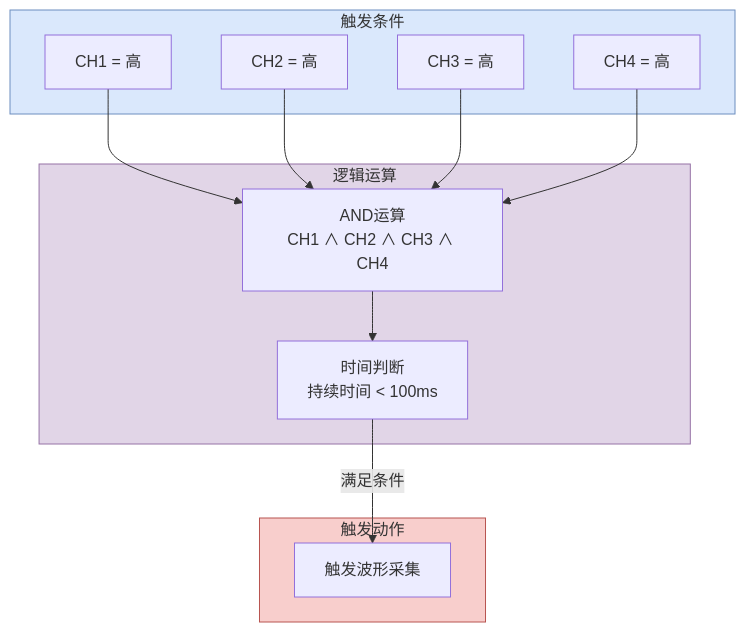
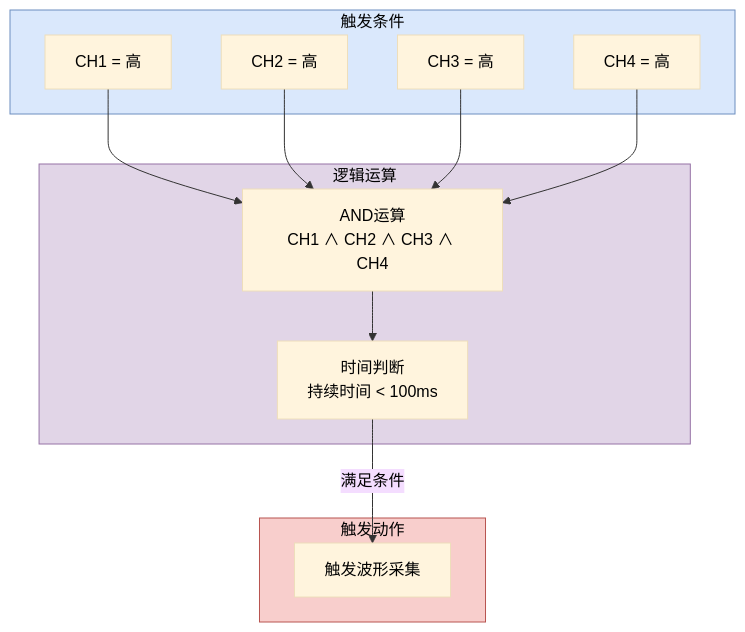
One commit to beginbeyond2/mic changed the eighth of 8 diagrams in 逻辑触发器数据流程.md. Above: the diagram before and after it, drawn with Mermaid. The commit also changed other lines of this file and 39 other files, not shown here.

````diff
--- a/逻辑触发器数据流程.md
+++ b/逻辑触发器数据流程.md
@@ -421,29 +436,30 @@
 ```mermaid
+%%{init: {'theme': 'base', 'themeVariables': { 'primaryTextColor': '#000', 'secondaryTextColor': '#000', 'tertiaryTextColor': '#000', 'lineColor': '#333', 'textColor': '#000'}}}%%
 flowchart TB
     subgraph Condition["触发条件"]
         C1["CH1 = 高"]
         C2["CH2 = 高"]
         C3["CH3 = 高"]
         C4["CH4 = 高"]
     end
 
     subgraph Logic["逻辑运算"]
         L1["AND运算<br/>CH1 ∧ CH2 ∧ CH3 ∧ CH4"]
         L2["时间判断<br/>持续时间 < 100ms"]
     end
 
     subgraph Action["触发动作"]
         A1["触发波形采集"]
     end
 
     C1 --> L1
     C2 --> L1
     C3 --> L1
     C4 --> L1
     L1 --> L2
     L2 -->|满足条件| A1
 
-    style Condition fill:#dae8fc,stroke:#6c8ebf
-    style Logic fill:#e1d5e7,stroke:#9673a6
-    style Action fill:#f8cecc,stroke:#b85450
+    style Condition fill:#dae8fc,stroke:#6c8ebf,color:#000
+    style Logic fill:#e1d5e7,stroke:#9673a6,color:#000
+    style Action fill:#f8cecc,stroke:#b85450,color:#000
 ```
````
